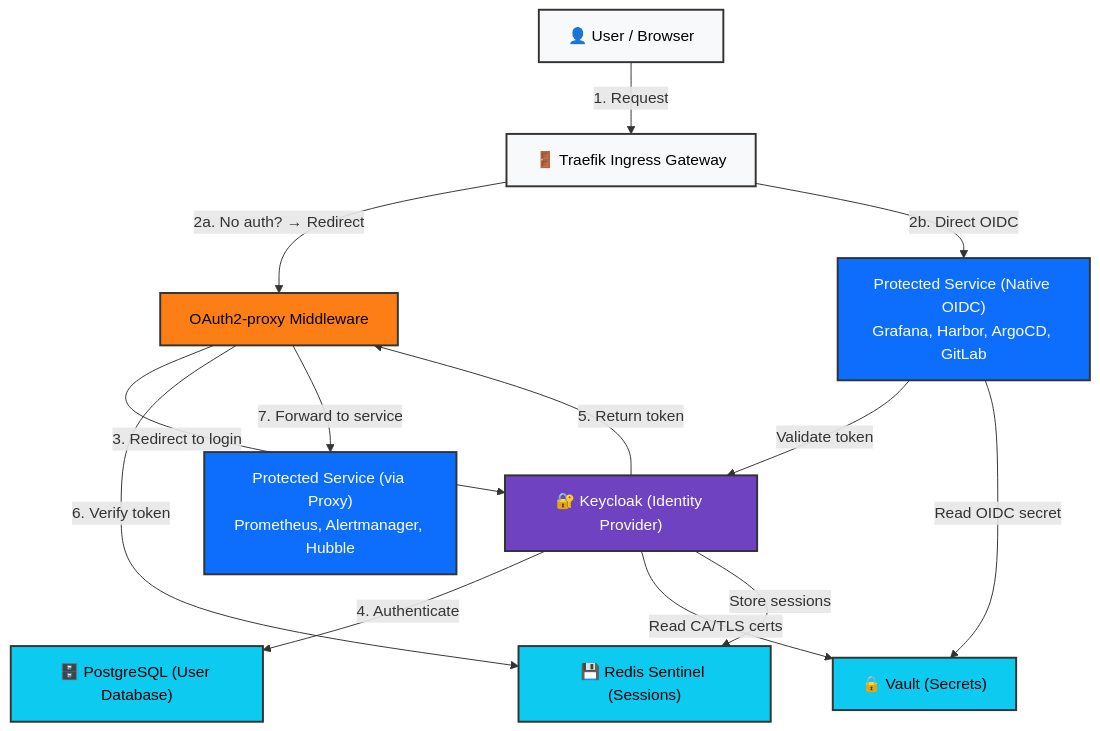
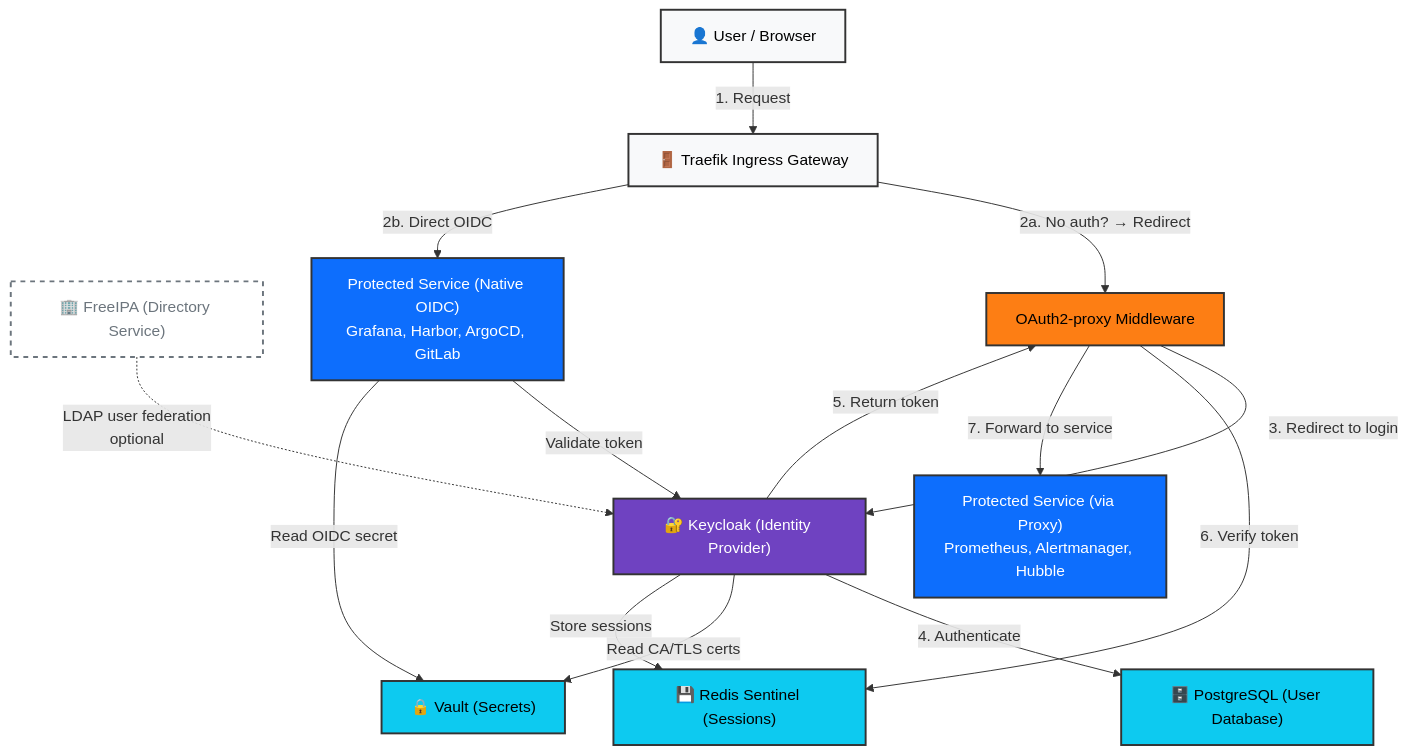
One commit to derhornspieler/harvester-rke2-svcs changed the first of 2 diagrams in docs/architecture/authentication-identity.md. Above: the diagram before and after it, drawn with Mermaid. The commit also changed other lines of this file and 1 other file, not shown here.

First line of the commit message:
docs: add optional FreeIPA LDAP federation to identity docs

````diff
--- a/docs/architecture/authentication-identity.md
+++ b/docs/architecture/authentication-identity.md
@@ -13,40 +13,44 @@
 ```mermaid
 graph TD
     A["👤 User / Browser"]
     B["🚪 Traefik Ingress Gateway"]
     C["🔐 Keycloak (Identity Provider)"]
     D["🗄️ PostgreSQL (User Database)"]
     E["🔒 Vault (Secrets)"]
     F["💾 Redis Sentinel (Sessions)"]
+    FreeIPA["🏢 FreeIPA (Directory Service)"]
 
     G["Protected Service (via Proxy)<br/>Prometheus, Alertmanager, Hubble"]
     H["OAuth2-proxy Middleware"]
 
     I["Protected Service (Native OIDC)<br/>Grafana, Harbor, ArgoCD, GitLab"]
 
     A -->|1. Request| B
     B -->|2a. No auth? → Redirect| H
     B -->|2b. Direct OIDC| I
     H -->|3. Redirect to login| C
     C -->|4. Authenticate| D
+    FreeIPA -.->|LDAP user federation<br/>optional| C
     C -->|5. Return token| H
     H -->|6. Verify token| F
     H -->|7. Forward to service| G
     C -->|Read CA/TLS certs| E
     C -->|Store sessions| F
     I -->|Validate token| C
     I -->|Read OIDC secret| E
 
     classDef identity fill:#6f42c1,color:#fff,stroke:#333,stroke-width:2px
     classDef service fill:#0d6efd,color:#fff,stroke:#333,stroke-width:2px
     classDef middleware fill:#fd7e14,color:#000,stroke:#333,stroke-width:2px
     classDef datastore fill:#0dcaf0,color:#000,stroke:#333,stroke-width:2px
     classDef external fill:#f8f9fa,color:#000,stroke:#333,stroke-width:2px
+    classDef optional fill:#fff,color:#6c757d,stroke:#6c757d,stroke-width:2px,stroke-dasharray:5 5
 
     class C identity
     class G,I service
     class H middleware
     class D,F datastore
     class E datastore
     class A,B external
+    class FreeIPA optional
 ```
````
